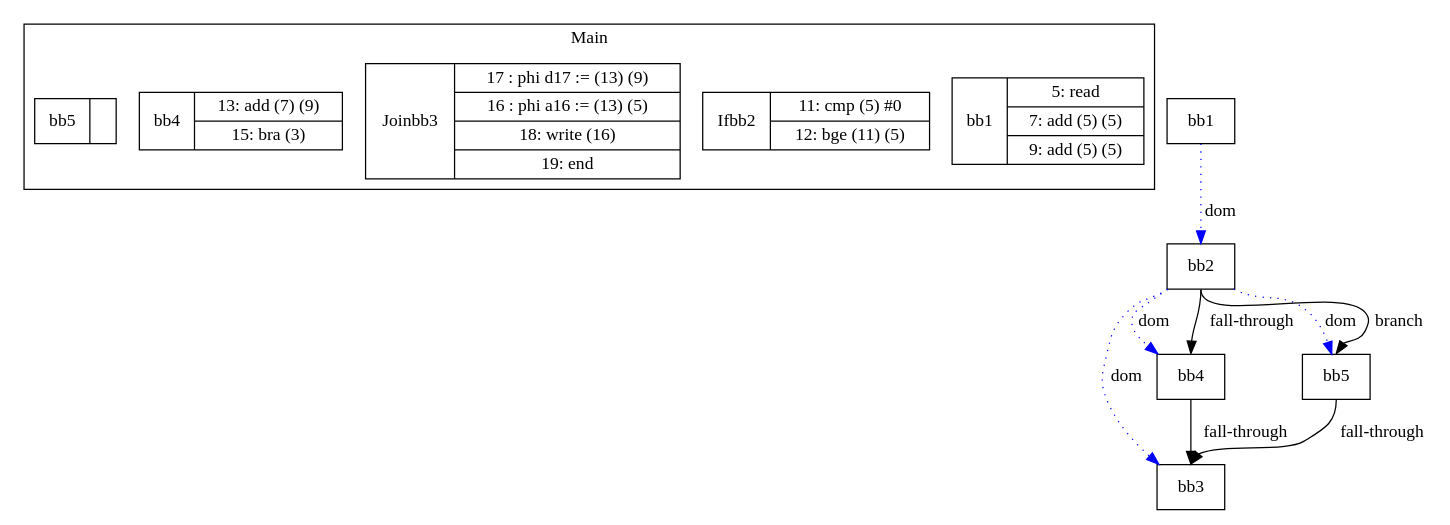
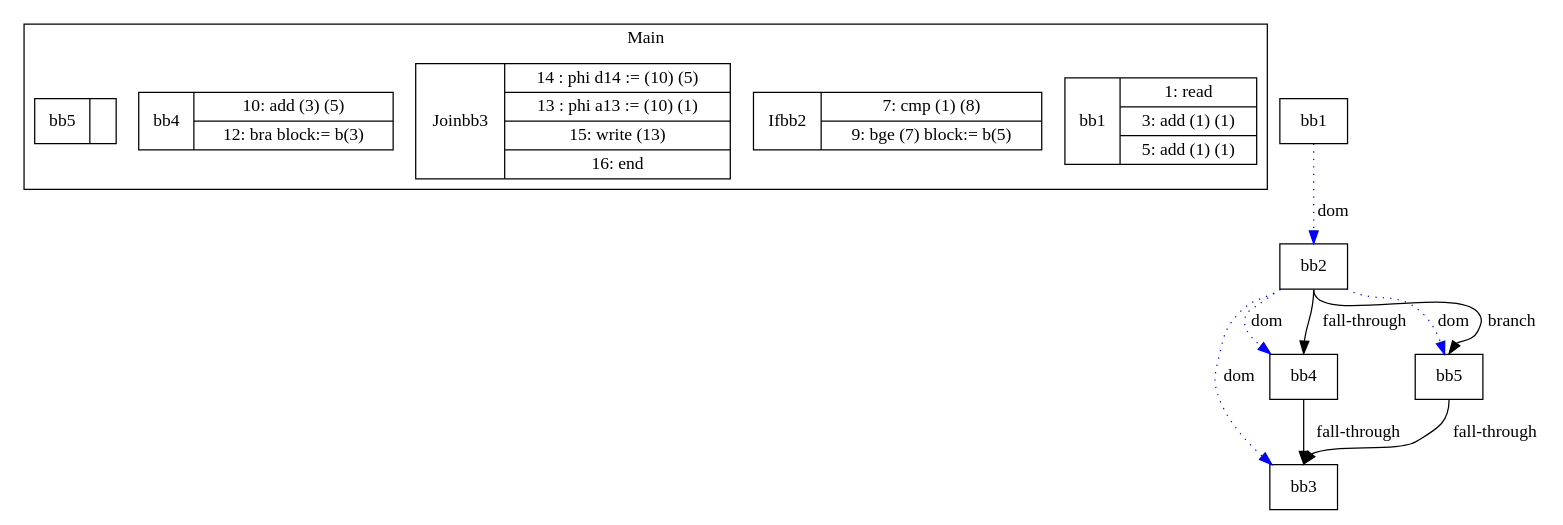
Before and after one commit to zjc664656505/UCI-CS241-Advanced-Compiler-main: the diagram in visualization/sample_test.gv, drawn with Graphviz. The commit also changed 8 other files, not shown here.

```diff
--- a/visualization/sample_test.gv
+++ b/visualization/sample_test.gv
@@ -1,19 +1,19 @@
 digraph G {
 node [shape=record];
 subgraph cluster_main{
 label = "Main";
-BB1 [shape=record, label="<b>bb1|{5: read|7: add (5) (5)|9: add (5) (5)}"];
-BB2 [shape=record, label="<b>If\bb2|{11: cmp (5) #0|12: bge (11) (5)}"];
-BB3 [shape=record, label="<b>Join\bb3|{17 : phi d17 := (13) (9)|16 : phi a16 := (13) (5)|18: write (16)|19: end}"];
-BB4 [shape=record, label="<b>bb4|{13: add (7) (9)|15: bra (3)}"];
+BB1 [shape=record, label="<b>bb1|{1: read|3: add (1) (1)|5: add (1) (1)}"];
+BB2 [shape=record, label="<b>If\bb2|{7: cmp (1) (8)|9: bge (7) block:= b(5)}"];
+BB3 [shape=record, label="<b>Join\bb3|{14 : phi d14 := (10) (5)|13 : phi a13 := (10) (1)|15: write (13)|16: end}"];
+BB4 [shape=record, label="<b>bb4|{10: add (3) (5)|12: bra block:= b(3)}"];
 BB5 [shape=record, label="<b>bb5|}"];
 }
 bb2:b -> bb3:b [color=blue, style=dotted, label="dom"];
 bb2:b -> bb4:b [color=blue, style=dotted, label="dom"];
 bb1:b -> bb2:b [color=blue, style=dotted, label="dom"];
 bb2:b -> bb5:b [color=blue, style=dotted, label="dom"];
 bb2:s -> bb5:n [label="branch"];
 bb5:s -> bb3:n [label="fall-through"];
 bb2:s -> bb4:n [label="fall-through"];
 bb4:s -> bb3:n [label="fall-through"];
 }
```
